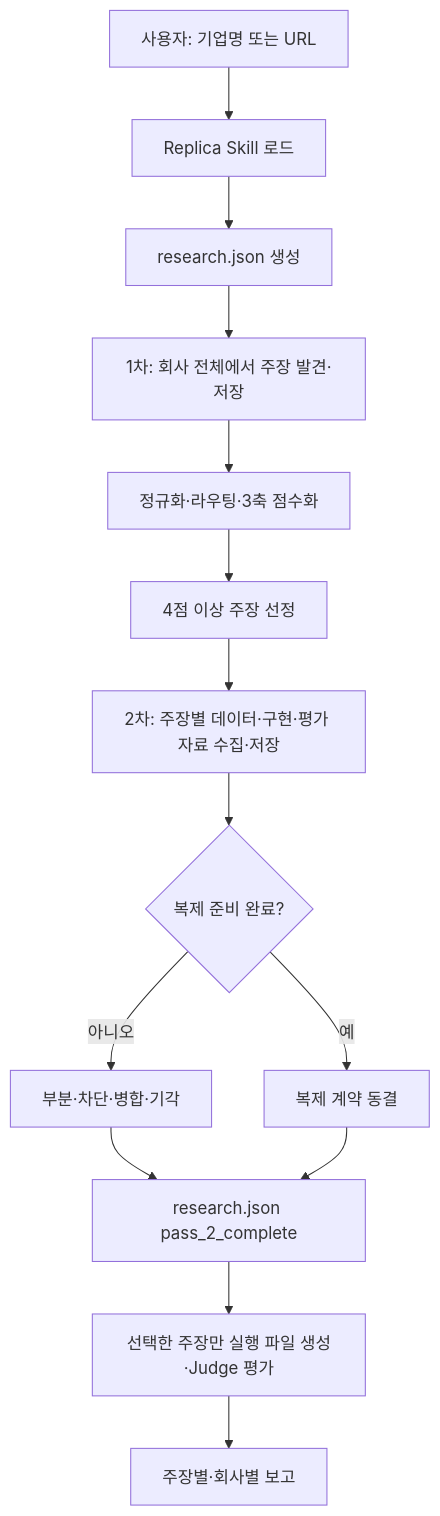
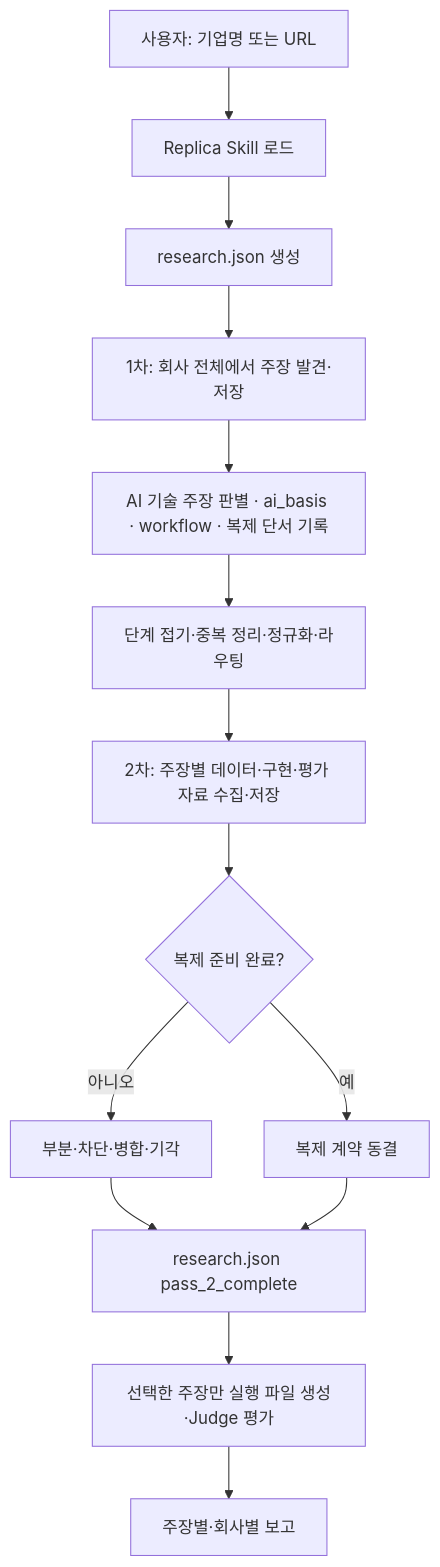
The diagram in README.md (lpshi2002/replica-mvp), drawn with Mermaid before and after one commit. The commit also changed other lines of this file and 5 other files, not shown here.

````diff
--- a/README.md
+++ b/README.md
@@ -108,16 +109,16 @@
 ```mermaid
 flowchart TD
     A["사용자: 기업명 또는 URL"] --> S["Replica Skill 로드"]
     S --> R["research.json 생성"]
     R --> B["1차: 회사 전체에서 주장 발견·저장"]
-    B --> C["정규화·라우팅·3축 점수화"]
-    C --> D["4점 이상 주장 선정"]
+    B --> C["AI 기술 주장 판별 · ai_basis · workflow · 복제 단서 기록"]
+    C --> D["단계 접기·중복 정리·정규화·라우팅"]
     D --> E["2차: 주장별 데이터·구현·평가 자료 수집·저장"]
     E --> F{"복제 준비 완료?"}
     F -->|아니오| G["부분·차단·병합·기각"]
     F -->|예| H["복제 계약 동결"]
     G --> K["research.json pass_2_complete"]
     H --> K
     K --> I["선택한 주장만 실행 파일 생성·Judge 평가"]
     I --> J["주장별·회사별 보고"]
 ```
````
